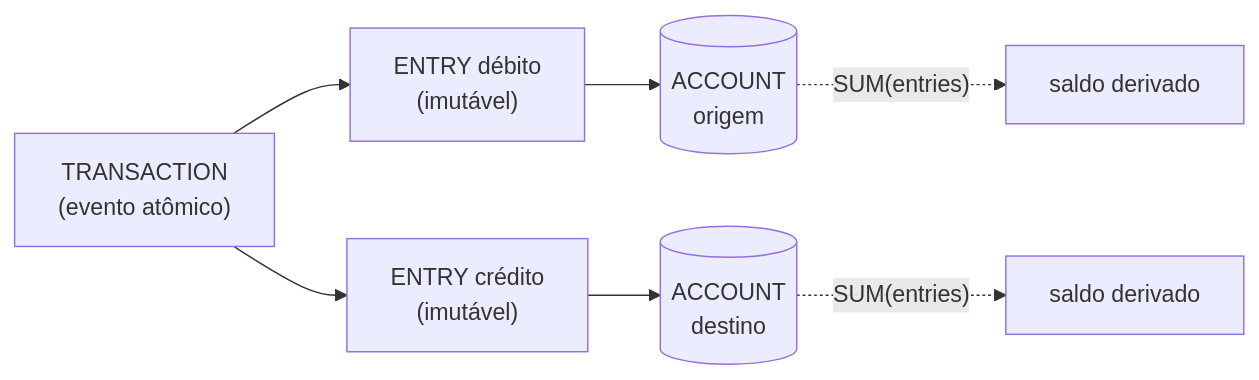
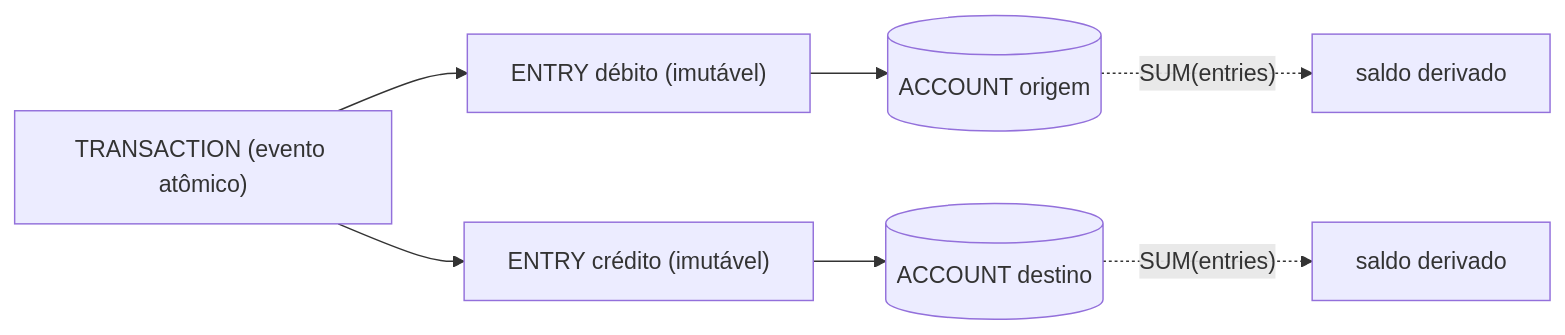
One commit to cesarschutz/cesarschutz.github.io changed the first of 3 diagrams in src/contents/posts/arquitetura-de-ledger.md. Above: the diagram before and after it, drawn with Mermaid. The commit also changed other lines of this file and 10 other files, not shown here.

First line of the commit message:
Blinda diagramas Mermaid: remove <br> e nós invisíveis dos rótulos

````diff
--- a/src/contents/posts/arquitetura-de-ledger.md
+++ b/src/contents/posts/arquitetura-de-ledger.md
@@ -15,9 +15,9 @@
 ```mermaid
 flowchart LR
-  T["TRANSACTION<br>(evento atômico)"] --> E1["ENTRY débito<br>(imutável)"]
-  T --> E2["ENTRY crédito<br>(imutável)"]
-  E1 --> A1[("ACCOUNT<br>origem")]
-  E2 --> A2[("ACCOUNT<br>destino")]
+  T["TRANSACTION (evento atômico)"] --> E1["ENTRY débito (imutável)"]
+  T --> E2["ENTRY crédito (imutável)"]
+  E1 --> A1[("ACCOUNT origem")]
+  E2 --> A2[("ACCOUNT destino")]
   A1 -.->|"SUM(entries)"| S1["saldo derivado"]
   A2 -.->|"SUM(entries)"| S2["saldo derivado"]
 ```
````
